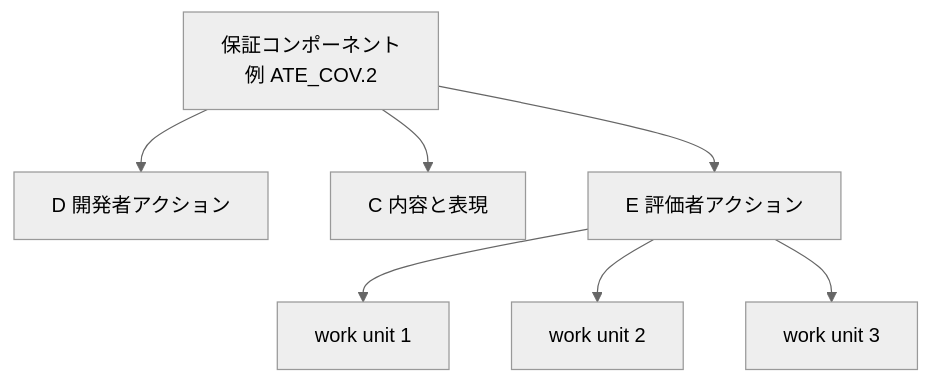
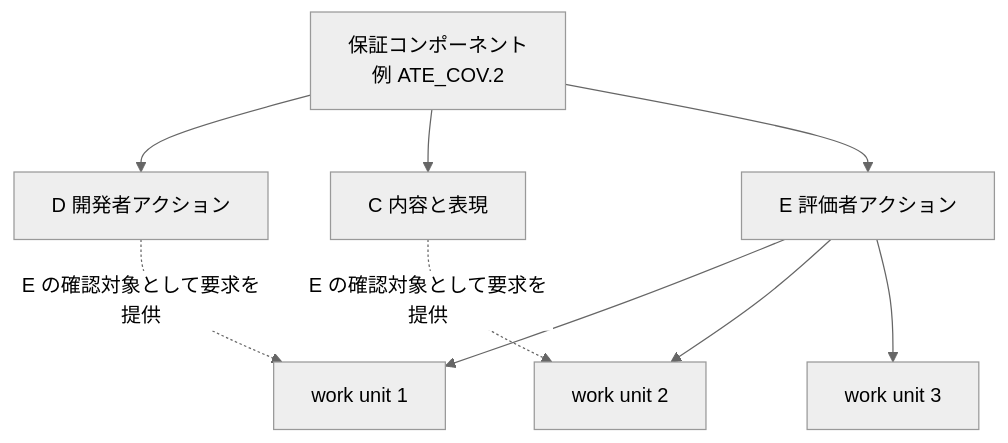
One commit to myoshi2891/Security_Studies changed diagram 13 of 18 in Iso-iec-18045-2026-guide.md. Above: the diagram before and after it, drawn with Mermaid (neutral theme). The commit also changed other lines of this file and 1 other file, not shown here.

````diff
--- a/Iso-iec-18045-2026-guide.md
+++ b/Iso-iec-18045-2026-guide.md
@@ -530,9 +530,11 @@
 ```mermaid
 flowchart TD
     COMP["保証コンポーネント<br/>例 ATE_COV.2"] --> D["D 開発者アクション"]
     COMP --> C["C 内容と表現"]
     COMP --> E["E 評価者アクション"]
     E --> WU1["work unit 1"]
     E --> WU2["work unit 2"]
     E --> WU3["work unit 3"]
+    D -.->|"E の確認対象として要求を提供"| WU1
+    C -.->|"E の確認対象として要求を提供"| WU2
 ```
````
